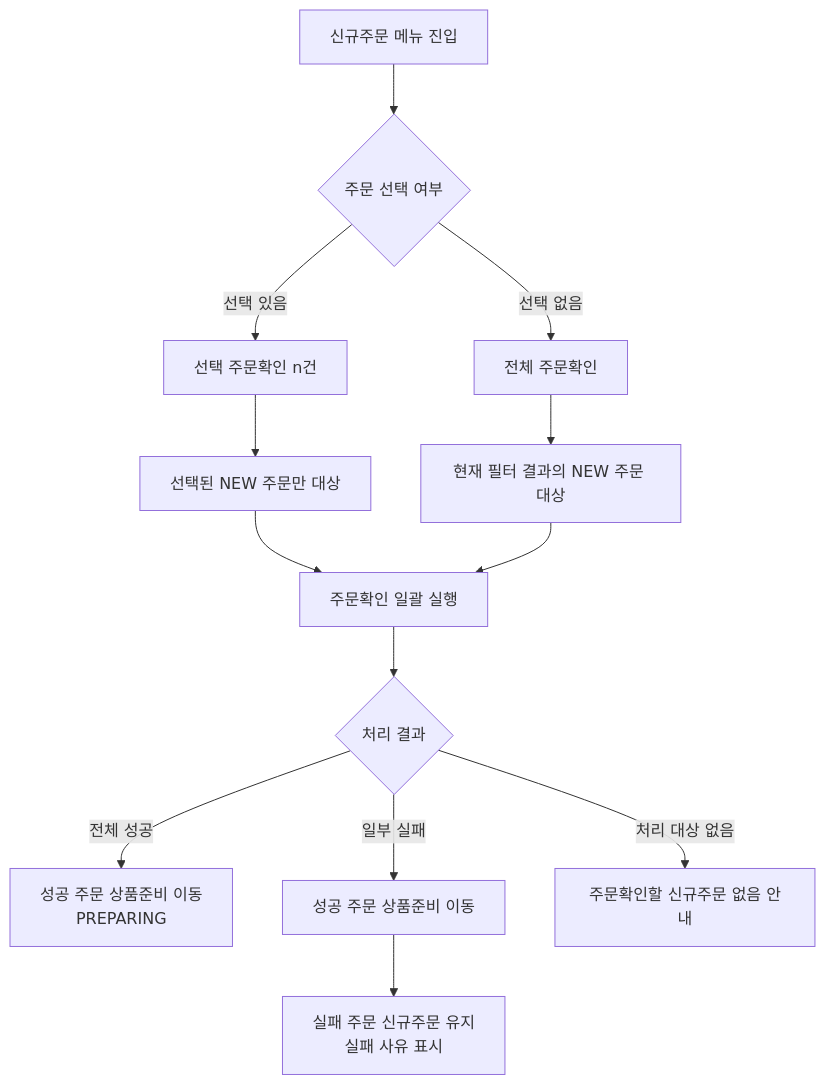
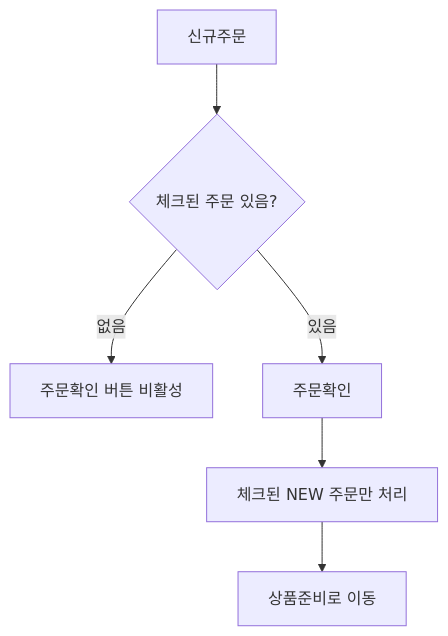
The first of 7 diagrams in docs/08_유저플로우/03_주문운영_보조흐름_유저플로우.md (moonceo/Jmpp), drawn with Mermaid before and after one commit. The commit also changed other lines of this file and 71 other files, not shown here.

````diff
--- a/docs/08_유저플로우/03_주문운영_보조흐름_유저플로우.md
+++ b/docs/08_유저플로우/03_주문운영_보조흐름_유저플로우.md
@@ -26,18 +11,8 @@
 ```mermaid
 flowchart TD
-    A["신규주문 메뉴 진입"] --> B{"주문 선택 여부"}
-    B -->|"선택 있음"| C["선택 주문확인 n건"]
-    B -->|"선택 없음"| D["전체 주문확인"]
-
-    C --> E["선택된 NEW 주문만 대상"]
-    D --> F["현재 필터 결과의 NEW 주문 대상"]
-
-    E --> G["주문확인 일괄 실행"]
-    F --> G
-
-    G --> H{"처리 결과"}
-    H -->|"전체 성공"| I["성공 주문 상품준비 이동<br/>PREPARING"]
-    H -->|"일부 실패"| J["성공 주문 상품준비 이동"]
-    J --> K["실패 주문 신규주문 유지<br/>실패 사유 표시"]
-    H -->|"처리 대상 없음"| L["주문확인할 신규주문 없음 안내"]
+    A["신규주문"] --> B{"체크된 주문 있음?"}
+    B -->|"없음"| C["주문확인 버튼 비활성"]
+    B -->|"있음"| D["주문확인"]
+    D --> E["체크된 NEW 주문만 처리"]
+    E --> F["상품준비로 이동"]
 ```
````
